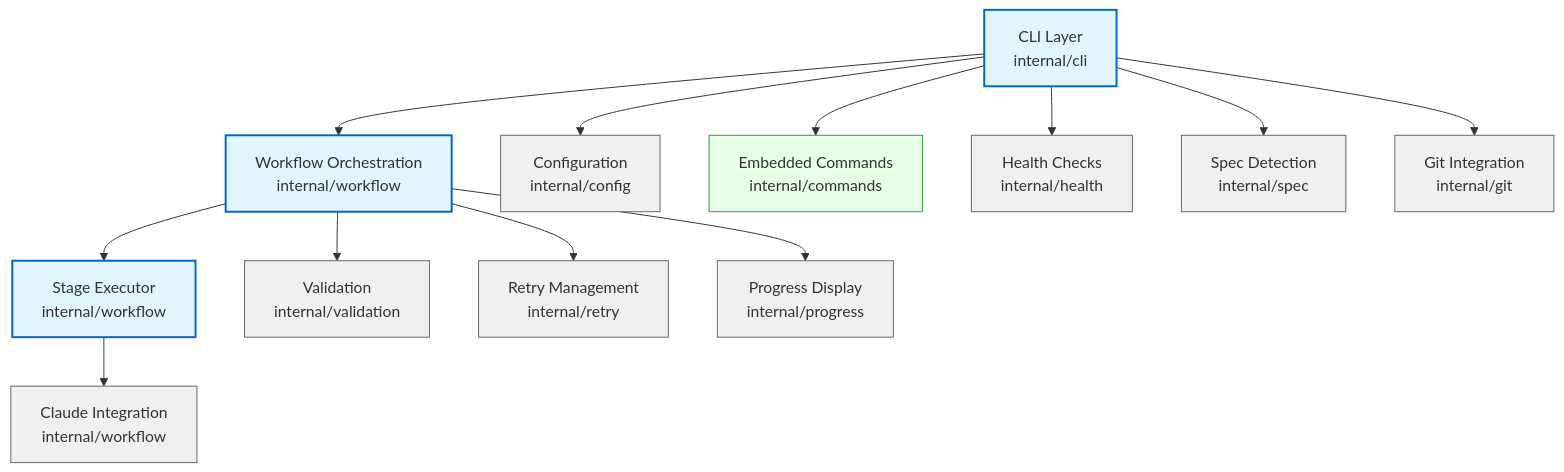
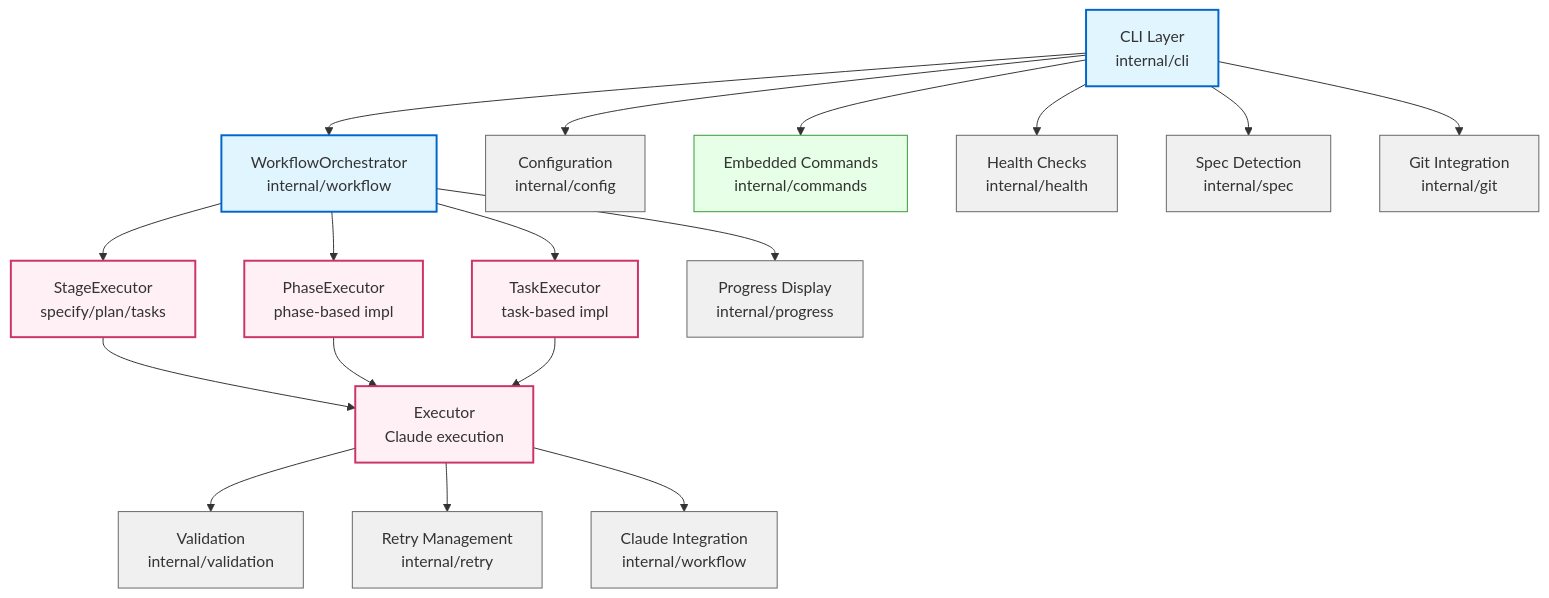
One commit to ariel-frischer/autospec changed the first of 5 diagrams in docs/architecture.md. Above: the diagram before and after it, drawn with Mermaid. The commit also changed other lines of this file and 9 other files, not shown here.

First line of the commit message:
feat(workflow): complete executor refactoring with expanded interfaces and comprehensive mocks

````diff
--- a/docs/architecture.md
+++ b/docs/architecture.md
@@ -18,22 +18,33 @@
 ```mermaid
 graph TB
-    CLI[CLI Layer<br/>internal/cli] --> Workflow[Workflow Orchestration<br/>internal/workflow]
+    CLI[CLI Layer<br/>internal/cli] --> Orchestrator[WorkflowOrchestrator<br/>internal/workflow]
     CLI --> Config[Configuration<br/>internal/config]
     CLI --> Commands[Embedded Commands<br/>internal/commands]
-    Workflow --> Executor[Stage Executor<br/>internal/workflow]
-    Workflow --> Validation[Validation<br/>internal/validation]
-    Workflow --> Retry[Retry Management<br/>internal/retry]
+
+    Orchestrator --> StageExec[StageExecutor<br/>specify/plan/tasks]
+    Orchestrator --> PhaseExec[PhaseExecutor<br/>phase-based impl]
+    Orchestrator --> TaskExec[TaskExecutor<br/>task-based impl]
+
+    StageExec --> Executor[Executor<br/>Claude execution]
+    PhaseExec --> Executor
+    TaskExec --> Executor
+
+    Executor --> Validation[Validation<br/>internal/validation]
+    Executor --> Retry[Retry Management<br/>internal/retry]
     Executor --> Claude[Claude Integration<br/>internal/workflow]
+
     CLI --> Health[Health Checks<br/>internal/health]
     CLI --> Spec[Spec Detection<br/>internal/spec]
     CLI --> Git[Git Integration<br/>internal/git]
-    Workflow --> Progress[Progress Display<br/>internal/progress]
+    Orchestrator --> Progress[Progress Display<br/>internal/progress]
 
     classDef primary fill:#e1f5ff,stroke:#0066cc,stroke-width:2px
     classDef secondary fill:#f0f0f0,stroke:#666,stroke-width:1px
     classDef embedded fill:#e6ffe6,stroke:#339933,stroke-width:1px
+    classDef executor fill:#fff0f5,stroke:#cc3366,stroke-width:2px
 
-    class CLI,Workflow,Executor primary
+    class CLI,Orchestrator primary
+    class StageExec,PhaseExec,TaskExec,Executor executor
     class Config,Validation,Retry,Claude,Health,Spec,Git,Progress secondary
     class Commands embedded
 ```
````
